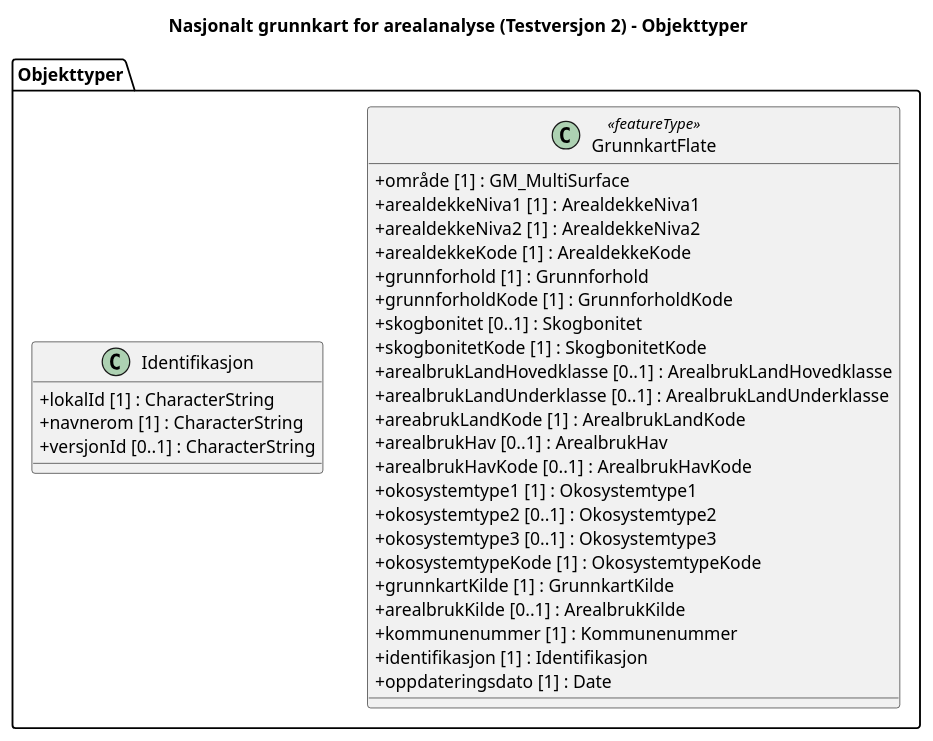
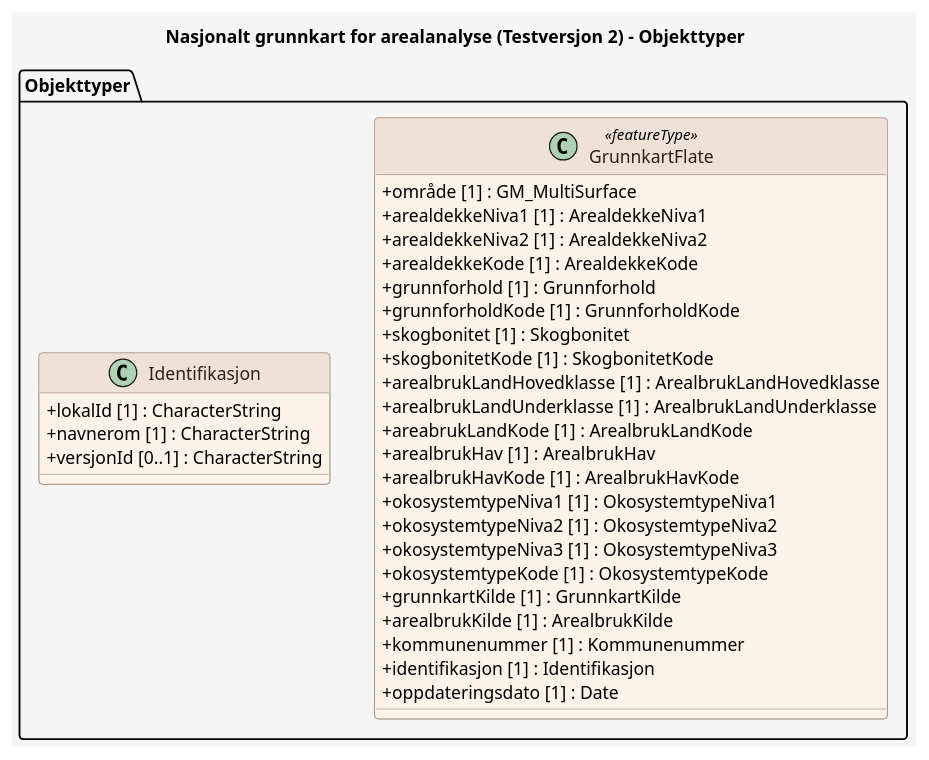
Before and after one commit to toreJohnsen/produktspesifikasjon-dev: the diagram in produktspesifikasjon/arealanalyse/arealanalyse_xmi_feature_catalogue.puml, drawn with PlantUML. The commit also changed 5 other files, not shown here.

```diff
--- a/produktspesifikasjon/arealanalyse/arealanalyse_xmi_feature_catalogue.puml
+++ b/produktspesifikasjon/arealanalyse/arealanalyse_xmi_feature_catalogue.puml
@@ -1,42 +1,59 @@
 @startuml
 title Nasjonalt grunnkart for arealanalyse (Testversjon 2) - Objekttyper
 
+skinparam backgroundColor #F5F5F5
+skinparam shadowing false
+skinparam RoundCorner 6
+skinparam ArrowColor #6C8198
 skinparam class {
+  BackgroundColor #FBF2E8
+  BorderColor #9C8578
+  FontColor #2D201A
+  HeaderBackgroundColor #EFE1D6
+  HeaderFontColor #2D201A
   AttributeIconSize 0
 }
+skinparam note {
+  BackgroundColor #FFFFFF
+  BorderColor #6C8198
+  FontColor #2D201A
+}
+skinparam stereotypeCBackgroundColor #EAD9CE
+skinparam stereotypeCBorderColor #9C8578
+skinparam stereotypeCFontColor #2D201A
 
 package "Objekttyper" {
 
   class GrunnkartFlate <<featureType>> {
     + område [1] : GM_MultiSurface
     + arealdekkeNiva1 [1] : ArealdekkeNiva1
     + arealdekkeNiva2 [1] : ArealdekkeNiva2
     + arealdekkeKode [1] : ArealdekkeKode
     + grunnforhold [1] : Grunnforhold
     + grunnforholdKode [1] : GrunnforholdKode
-    + skogbonitet [0..1] : Skogbonitet
+    + skogbonitet [1] : Skogbonitet
     + skogbonitetKode [1] : SkogbonitetKode
-    + arealbrukLandHovedklasse [0..1] : ArealbrukLandHovedklasse
-    + arealbrukLandUnderklasse [0..1] : ArealbrukLandUnderklasse
+    + arealbrukLandHovedklasse [1] : ArealbrukLandHovedklasse
+    + arealbrukLandUnderklasse [1] : ArealbrukLandUnderklasse
     + areabrukLandKode [1] : ArealbrukLandKode
-    + arealbrukHav [0..1] : ArealbrukHav
-    + arealbrukHavKode [0..1] : ArealbrukHavKode
-    + okosystemtype1 [1] : Okosystemtype1
-    + okosystemtype2 [0..1] : Okosystemtype2
-    + okosystemtype3 [0..1] : Okosystemtype3
+    + arealbrukHav [1] : ArealbrukHav
+    + arealbrukHavKode [1] : ArealbrukHavKode
+    + okosystemtypeNiva1 [1] : OkosystemtypeNiva1
+    + okosystemtypeNiva2 [1] : OkosystemtypeNiva2
+    + okosystemtypeNiva3 [1] : OkosystemtypeNiva3
     + okosystemtypeKode [1] : OkosystemtypeKode
     + grunnkartKilde [1] : GrunnkartKilde
-    + arealbrukKilde [0..1] : ArealbrukKilde
+    + arealbrukKilde [1] : ArealbrukKilde
     + kommunenummer [1] : Kommunenummer
     + identifikasjon [1] : Identifikasjon
     + oppdateringsdato [1] : Date
   }
 
   class Identifikasjon {
     + lokalId [1] : CharacterString
     + navnerom [1] : CharacterString
     + versjonId [0..1] : CharacterString
   }
 }
 
 @enduml
```
